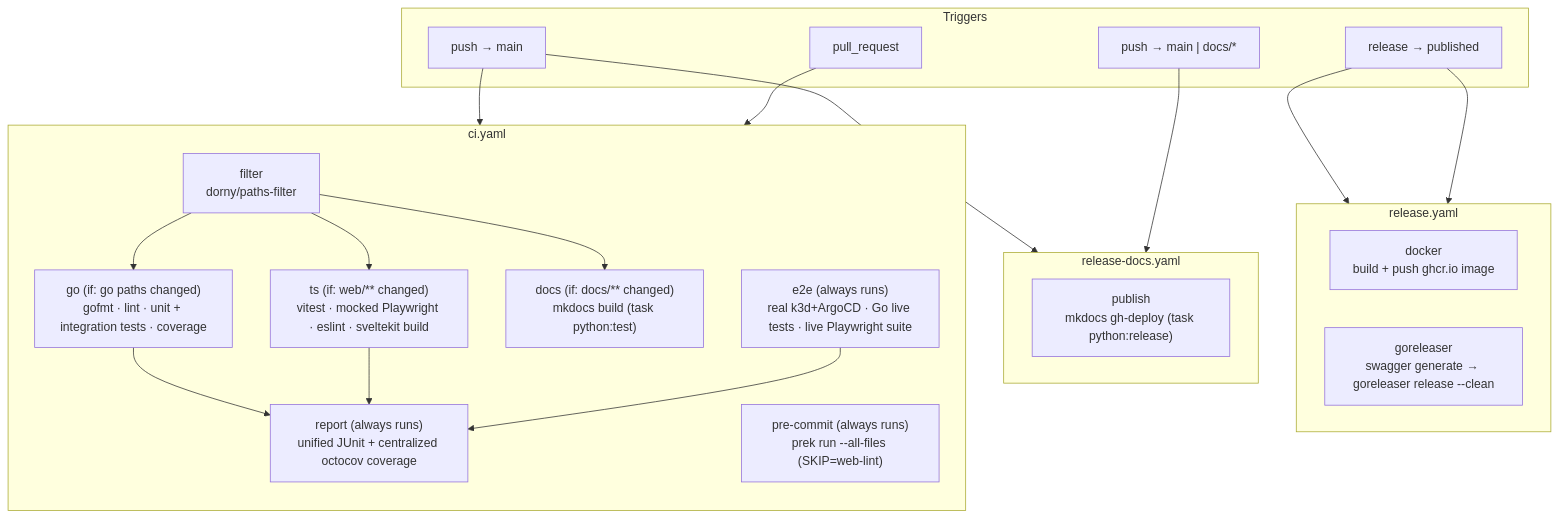
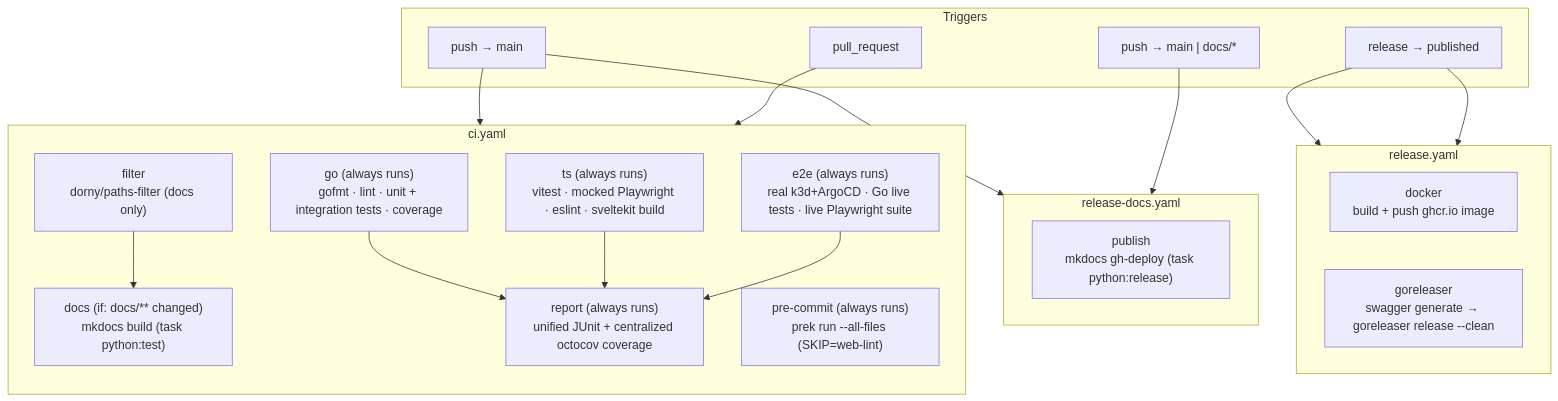
Before and after one commit to ivanklee86/tangle: the diagram in docs/agents/ci.md, drawn with Mermaid. The commit also changed other lines of this file and 4 other files, not shown here.

````diff
--- a/docs/agents/ci.md
+++ b/docs/agents/ci.md
@@ -17,44 +20,42 @@
 ```mermaid
 flowchart TB
     subgraph triggers[Triggers]
         push_main["push → main"]
         pr["pull_request"]
         push_docs["push → main | docs/*"]
         release_pub["release → published"]
     end
 
     subgraph ci_wf["ci.yaml"]
         direction TB
-        filter_job["filter<br/>dorny/paths-filter"]
-        go_job["go (if: go paths changed)<br/>gofmt · lint · unit + integration tests · coverage"]
-        ts_job["ts (if: web/** changed)<br/>vitest · mocked Playwright · eslint · sveltekit build"]
+        filter_job["filter<br/>dorny/paths-filter (docs only)"]
+        go_job["go (always runs)<br/>gofmt · lint · unit + integration tests · coverage"]
+        ts_job["ts (always runs)<br/>vitest · mocked Playwright · eslint · sveltekit build"]
         docs_job["docs (if: docs/** changed)<br/>mkdocs build (task python:test)"]
         pre_commit_job["pre-commit (always runs)<br/>prek run --all-files (SKIP=web-lint)"]
         e2e_job["e2e (always runs)<br/>real k3d+ArgoCD · Go live tests · live Playwright suite"]
         report_job["report (always runs)<br/>unified JUnit + centralized octocov coverage"]
 
-        filter_job --> go_job
-        filter_job --> ts_job
         filter_job --> docs_job
         go_job --> report_job
         ts_job --> report_job
         e2e_job --> report_job
     end
 
     subgraph docs_wf["release-docs.yaml"]
         publish_job["publish<br/>mkdocs gh-deploy (task python:release)"]
     end
 
     subgraph release_wf["release.yaml"]
         direction LR
         docker_job["docker<br/>build + push ghcr.io image"]
         goreleaser_job["goreleaser<br/>swagger generate → goreleaser release --clean"]
     end
 
     push_main --> ci_wf
     pr --> ci_wf
     push_main --> docs_wf
     push_docs --> docs_wf
     release_pub --> docker_job
     release_pub --> goreleaser_job
 ```
````
